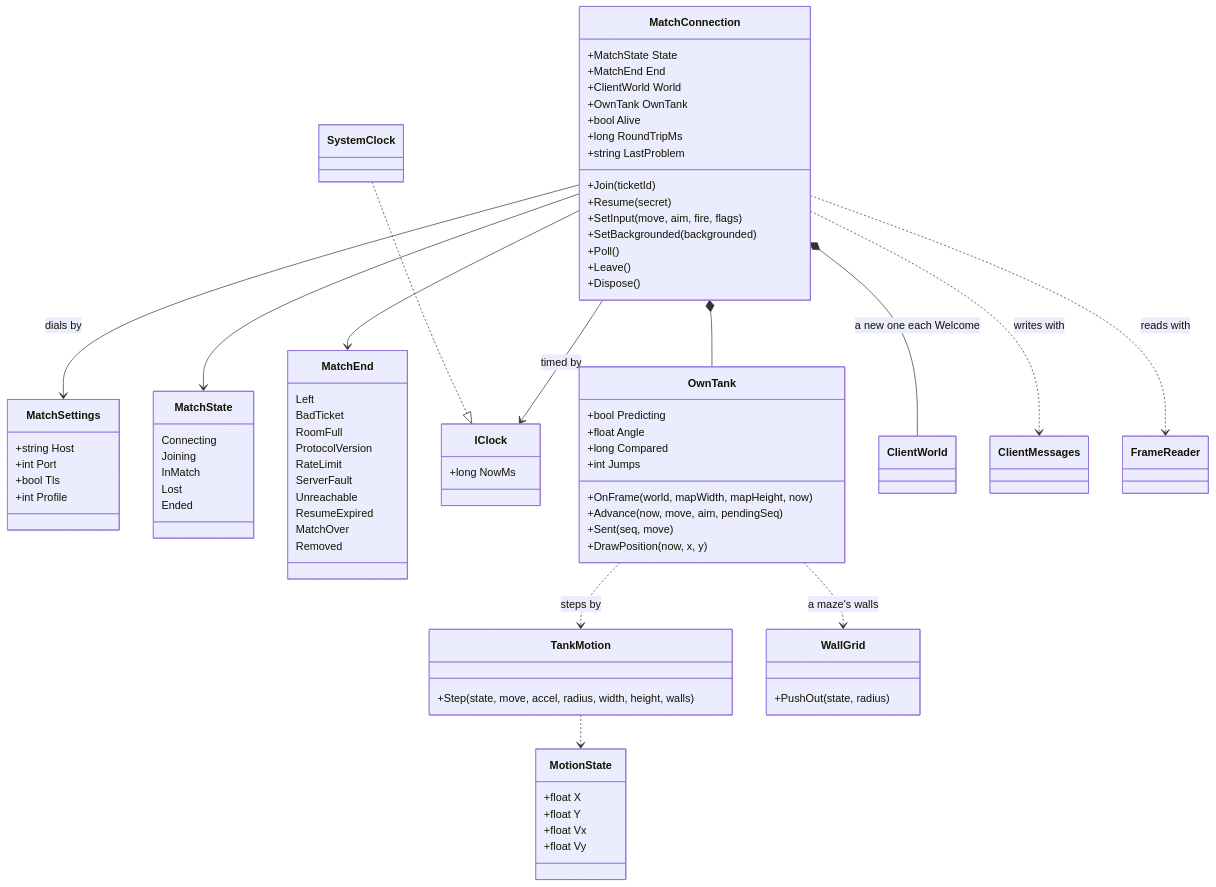
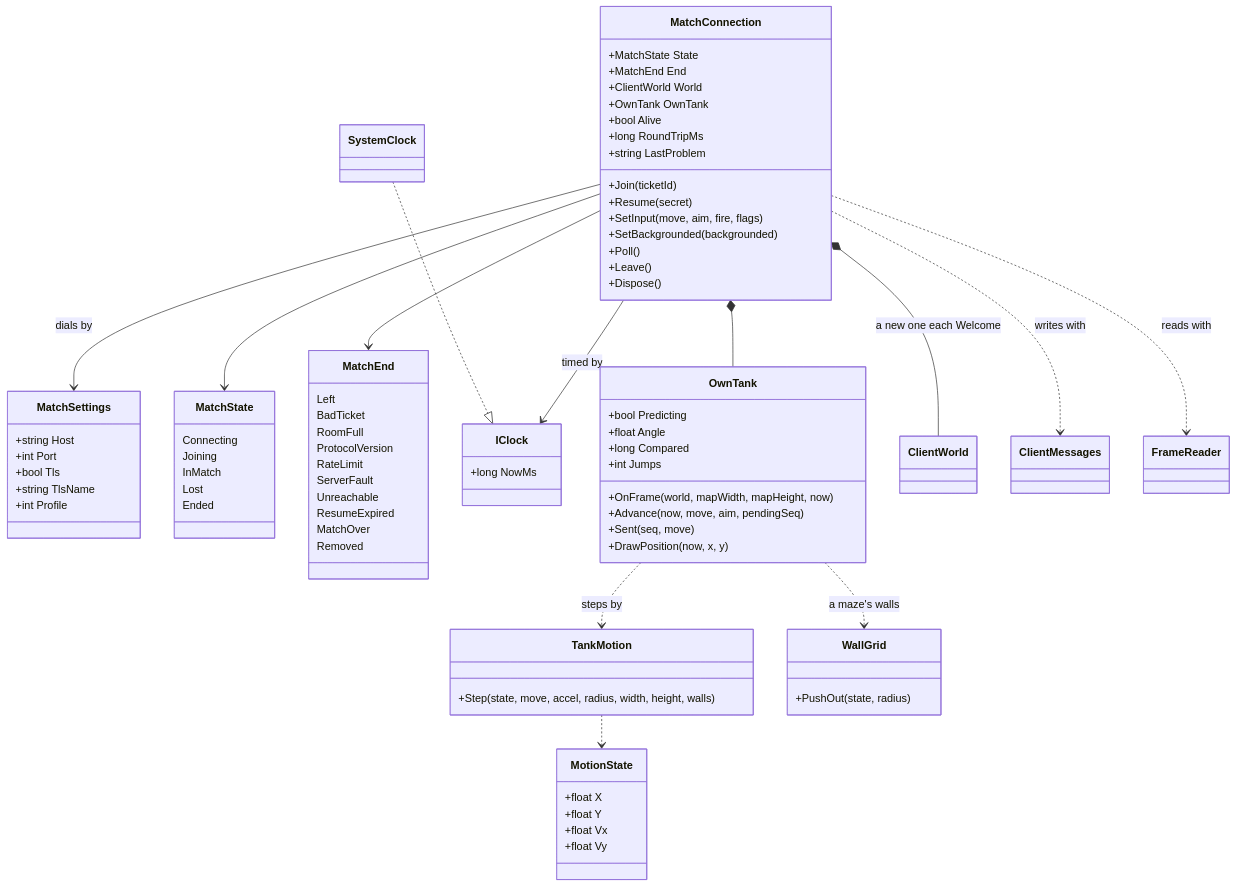
The second of 12 diagrams in docs/diagrams/06-client.md (greensoft-atom/depio-simulation-platform), drawn with Mermaid before and after one commit. The commit also changed other lines of this file and 48 other files, not shown here.

```diff
--- a/docs/diagrams/06-client.md
+++ b/docs/diagrams/06-client.md
@@ -143,6 +143,7 @@
         +string Host
         +int Port
         +bool Tls
+        +string TlsName
         +int Profile
     }
     class MatchState {
```
